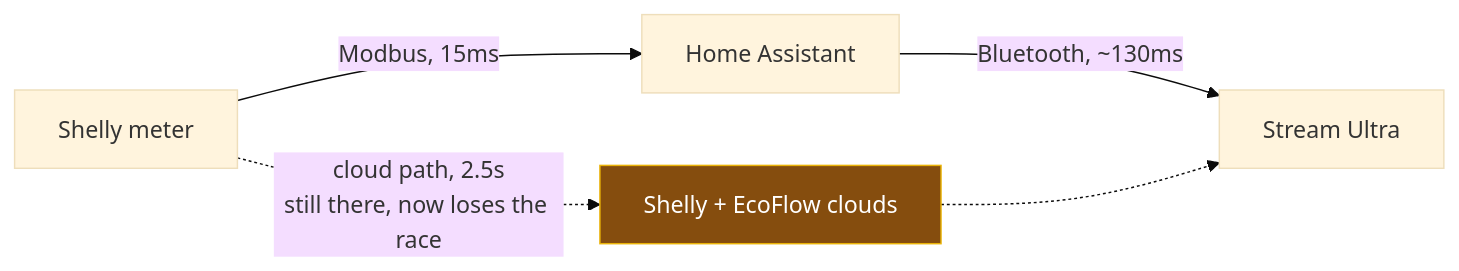
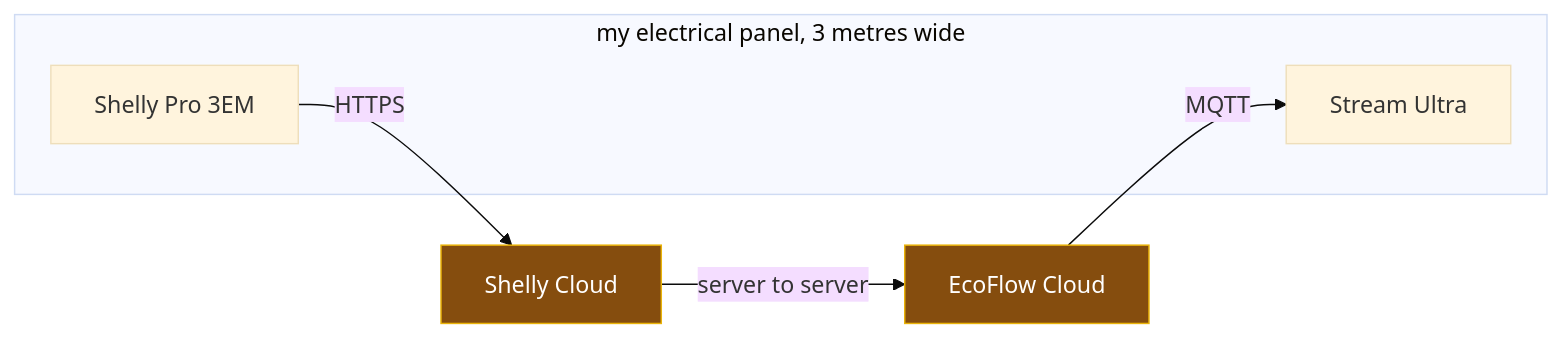
One commit to phoinixgrr/mastori changed the first of 7 diagrams in content/posts/ecoflow-zero-export-ble-meter-injection/index.md. Above: the diagram before and after it, drawn with Mermaid (base theme). The commit also changed other lines of this file, not shown here.

First line of the commit message:
Expand zero-export post: full mechanism list, bias section, mermaid diagrams

```diff
--- a/content/posts/ecoflow-zero-export-ble-meter-injection/index.md
+++ b/content/posts/ecoflow-zero-export-ble-meter-injection/index.md
@@ -47,9 +48,13 @@
 {{< mermaid >}}
 flowchart LR
-    S["Shelly meter"] -->|"Modbus, 15ms"| HA["Home Assistant"]
-    HA -->|"Bluetooth, ~130ms"| U["Stream Ultra"]
-    S -.->|"cloud path, 2.5s<br/>still there, now loses the race"| C["Shelly + EcoFlow clouds"]
-    C -.-> U
+    subgraph panel["my electrical panel, 3 metres wide"]
+        S["Shelly Pro 3EM"]
+        U["Stream Ultra"]
+    end
+    S -->|"HTTPS"| SC["Shelly Cloud"]
+    SC -->|"server to server"| EC["EcoFlow Cloud"]
+    EC -->|"MQTT"| U
 
-    style C fill:#854d0e,stroke:#eab308,color:#fff
+    style SC fill:#854d0e,stroke:#eab308,color:#fff
+    style EC fill:#854d0e,stroke:#eab308,color:#fff
 {{< /mermaid >}}
```
